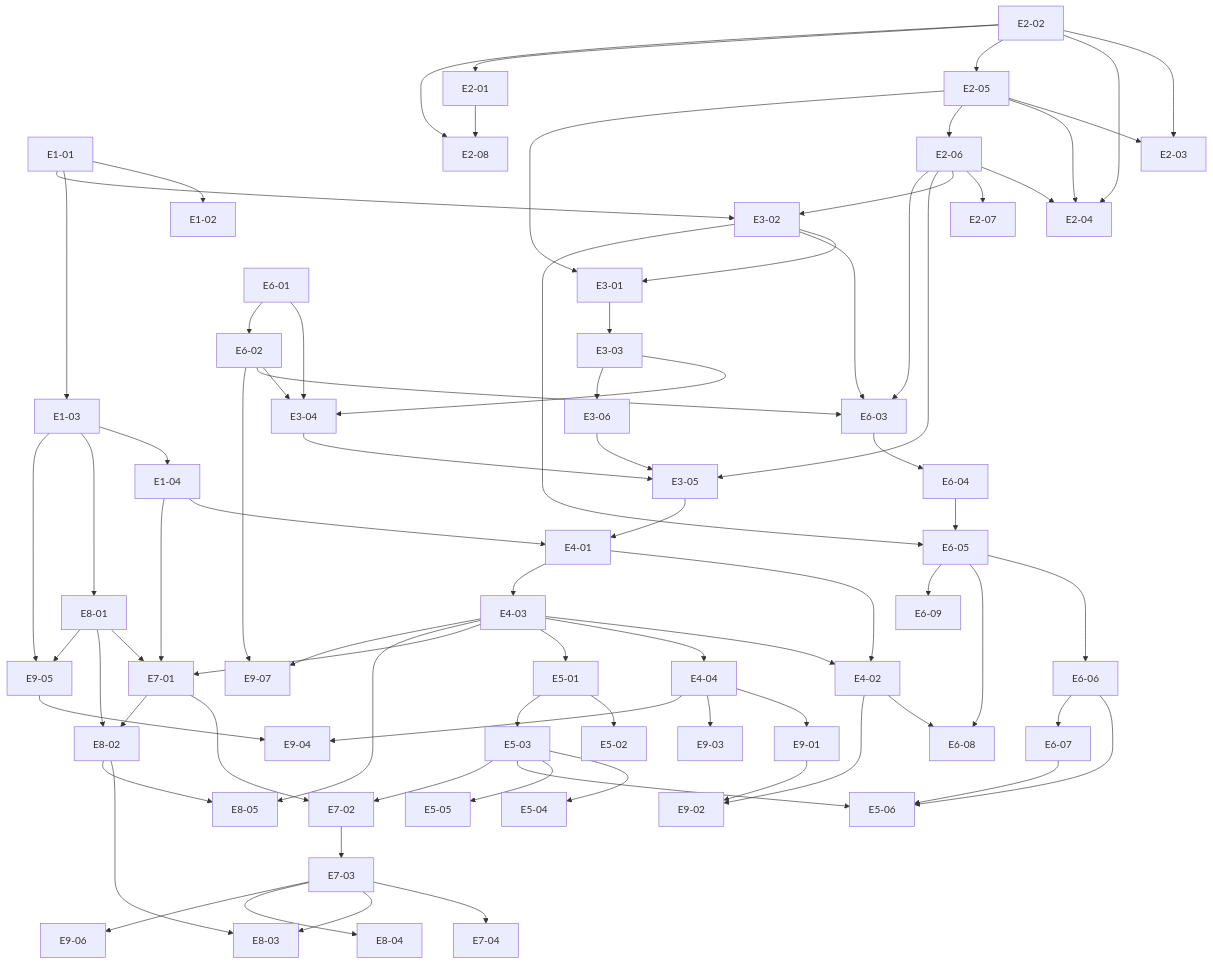
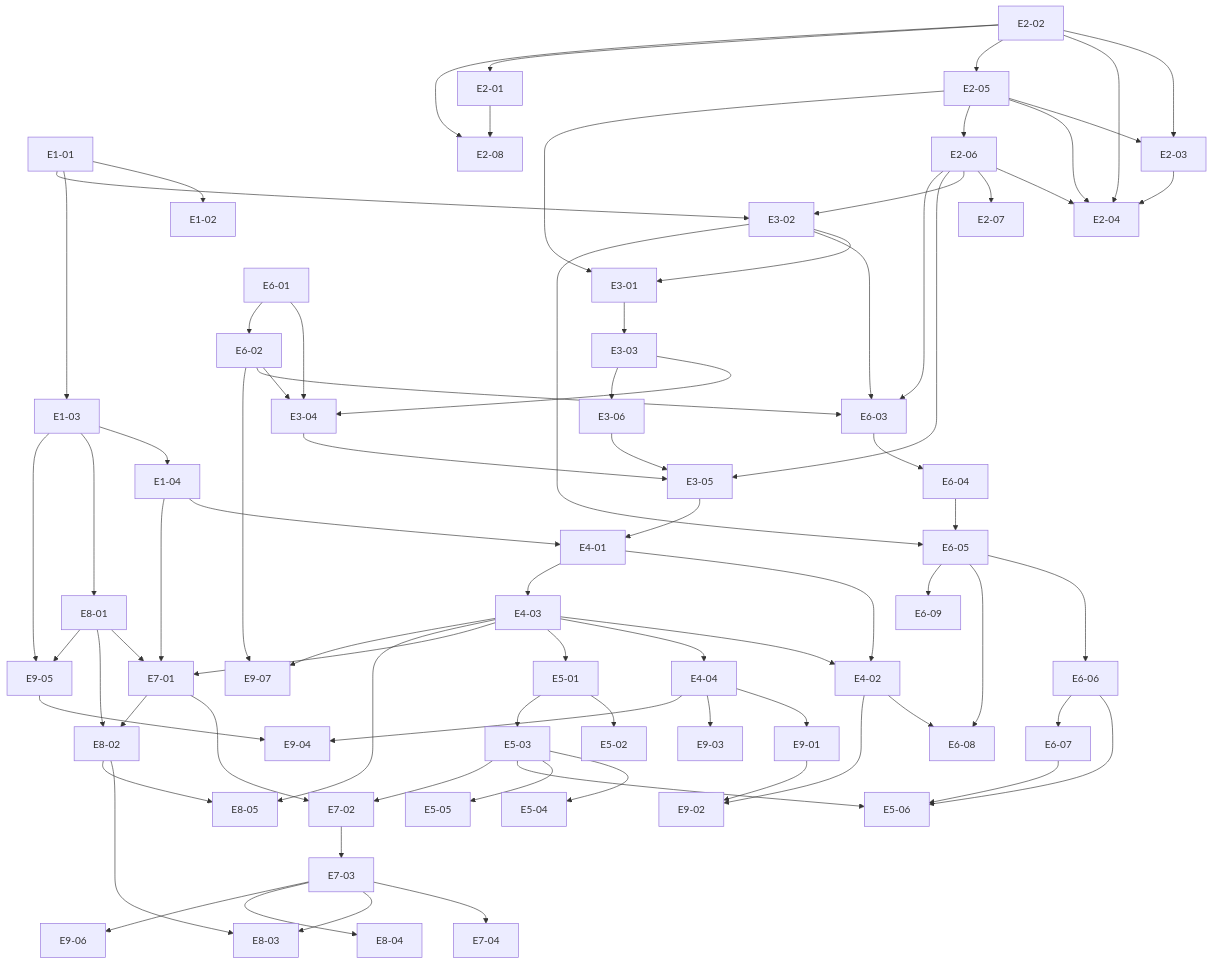
Before and after one commit to bacsystem/learning: the second of 2 diagrams in docs/stories/serums-ia/README.md, drawn with Mermaid. The commit also changed other lines of this file and 22 other files, not shown here.

````diff
--- a/docs/stories/serums-ia/README.md
+++ b/docs/stories/serums-ia/README.md
@@ -44,81 +44,82 @@
 ```mermaid
 flowchart TD
   E1-01 --> E1-02
   E1-01 --> E1-03
   E1-03 --> E1-04
   E2-02 --> E2-03
   E2-05 --> E2-03
   E2-02 --> E2-04
+  E2-03 --> E2-04
   E2-05 --> E2-04
   E2-06 --> E2-04
   E2-02 --> E2-05
   E2-05 --> E2-06
   E2-06 --> E2-07
   E2-02 --> E2-01
   E2-01 --> E2-08
   E2-02 --> E2-08
   E3-02 --> E3-01
   E2-05 --> E3-01
   E1-01 --> E3-02
   E2-06 --> E3-02
   E3-01 --> E3-03
   E3-03 --> E3-04
   E6-01 --> E3-04
   E6-02 --> E3-04
   E3-04 --> E3-05
   E3-06 --> E3-05
   E2-06 --> E3-05
   E3-03 --> E3-06
   E3-05 --> E4-01
   E1-04 --> E4-01
   E4-01 --> E4-02
   E4-03 --> E4-02
   E4-01 --> E4-03
   E4-03 --> E4-04
   E4-03 --> E5-01
   E5-01 --> E5-02
   E5-01 --> E5-03
   E5-03 --> E5-04
   E5-03 --> E5-05
   E5-03 --> E5-06
   E6-06 --> E5-06
   E6-07 --> E5-06
   E6-01 --> E6-02
   E6-02 --> E6-03
   E2-06 --> E6-03
   E3-02 --> E6-03
   E6-03 --> E6-04
   E6-04 --> E6-05
   E3-02 --> E6-05
   E6-05 --> E6-06
   E6-06 --> E6-07
   E6-05 --> E6-08
   E4-02 --> E6-08
   E6-05 --> E6-09
   E4-03 --> E7-01
   E1-04 --> E7-01
   E8-01 --> E7-01
   E7-01 --> E7-02
   E5-03 --> E7-02
   E7-02 --> E7-03
   E7-03 --> E7-04
   E1-03 --> E8-01
   E8-01 --> E8-02
   E7-01 --> E8-02
   E7-03 --> E8-03
   E8-02 --> E8-03
   E7-03 --> E8-04
   E8-02 --> E8-05
   E4-03 --> E8-05
   E4-04 --> E9-01
   E9-01 --> E9-02
   E4-02 --> E9-02
   E4-04 --> E9-03
   E4-04 --> E9-04
   E9-05 --> E9-04
   E8-01 --> E9-05
   E1-03 --> E9-05
   E7-03 --> E9-06
   E4-03 --> E9-07
   E6-02 --> E9-07
 ```
````
